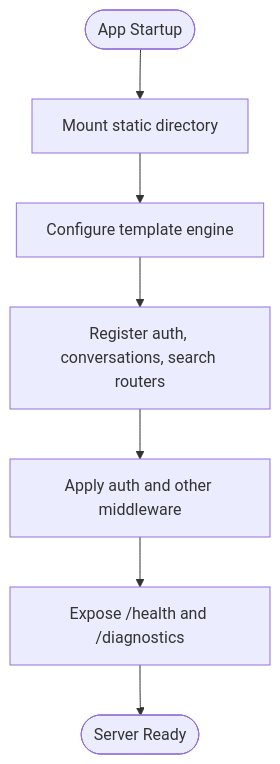
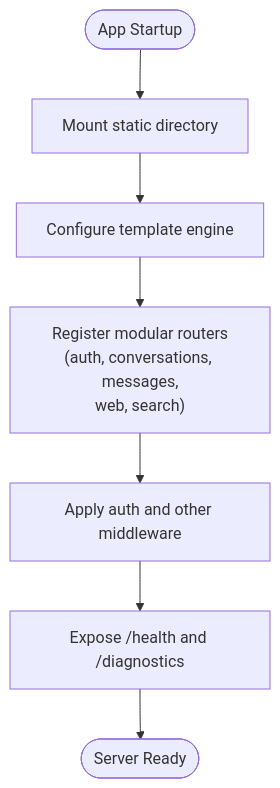
One commit to zuohaisu/wecom-archive changed the third of 16 diagrams in .qoder/repowiki/en/content/Architecture/Web Application Architecture/Web Application Architecture.md. Above: the diagram before and after it, drawn with Mermaid. The commit also changed other lines of this file and 148 other files, not shown here.

````diff
--- a/.qoder/repowiki/en/content/Architecture/Web Application Architecture/Web Application Architecture.md
+++ b/.qoder/repowiki/en/content/Architecture/Web Application Architecture/Web Application Architecture.md
@@ -179,9 +211,9 @@
 ```mermaid
 flowchart TD
 Start(["App Startup"]) --> MountStatic["Mount static directory"]
 MountStatic --> MountTemplates["Configure template engine"]
-MountTemplates --> RegisterRouters["Register auth, conversations, search routers"]
+MountTemplates --> RegisterRouters["Register modular routers<br/>(auth, conversations, messages,<br/>web, search)"]
 RegisterRouters --> ApplyMiddleware["Apply auth and other middleware"]
 ApplyMiddleware --> HealthEndpoints["Expose /health and /diagnostics"]
 HealthEndpoints --> Ready(["Server Ready"])
 ```
````
